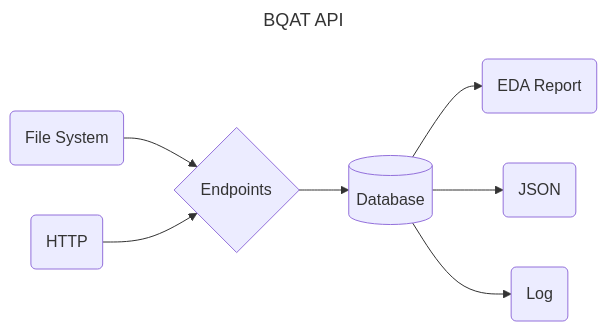
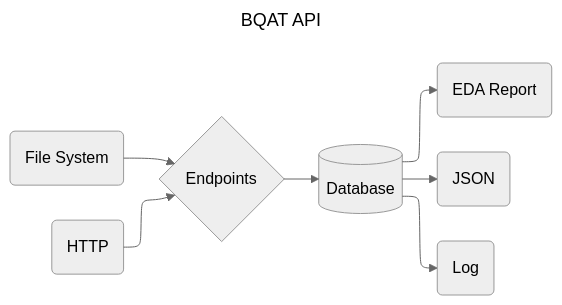
One commit to Biometix/biometix.github.io changed the fourth of 11 diagrams in index/framework.md. Above: the diagram before and after it, drawn with Mermaid. The commit also changed other lines of this file and 5 other files, not shown here.

Commit message:
chores: tweak mermaid style

````diff
--- a/index/framework.md
+++ b/index/framework.md
@@ -82,12 +91,15 @@
 ``` mermaid
 ---
 title: BQAT API
+config:
+  theme: neutral
+  layout: elk
 ---
 graph LR
     file(File System) --> api{Endpoints}
     upload(HTTP) --> api{Endpoints}
     api{Endpoints} --> db[(Database)]
     db[(Database)] --> report(EDA Report)
     db[(Database)] --> output(JSON)
     db[(Database)] --> log(Log)
 ```
````
